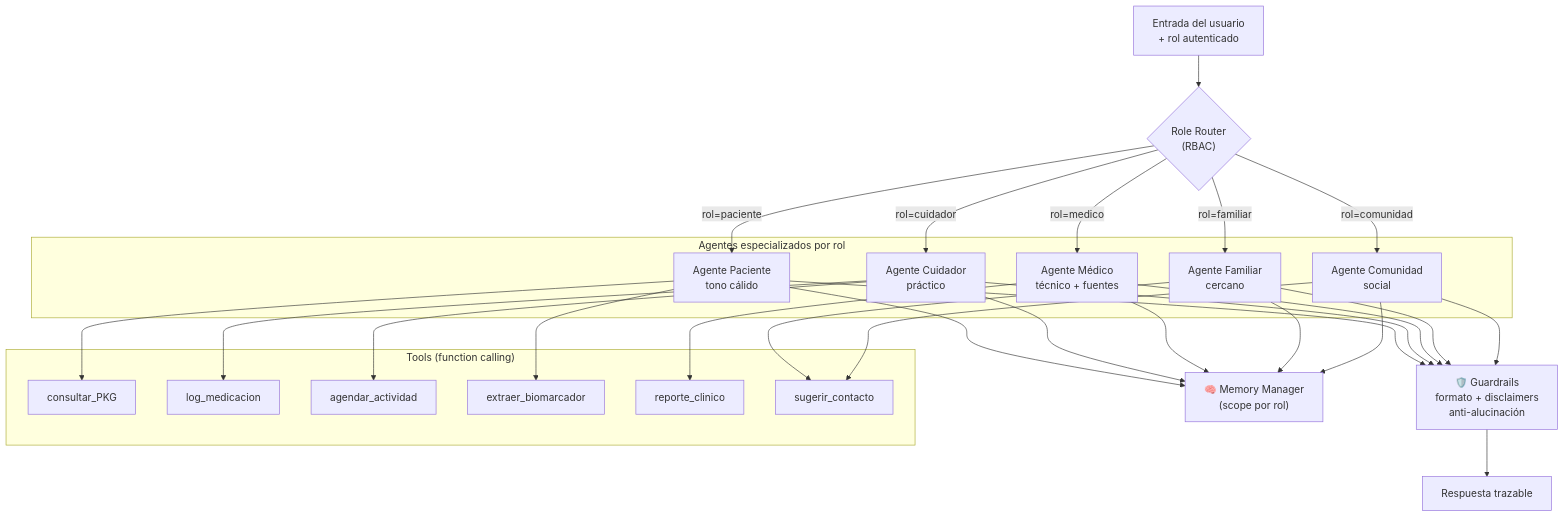
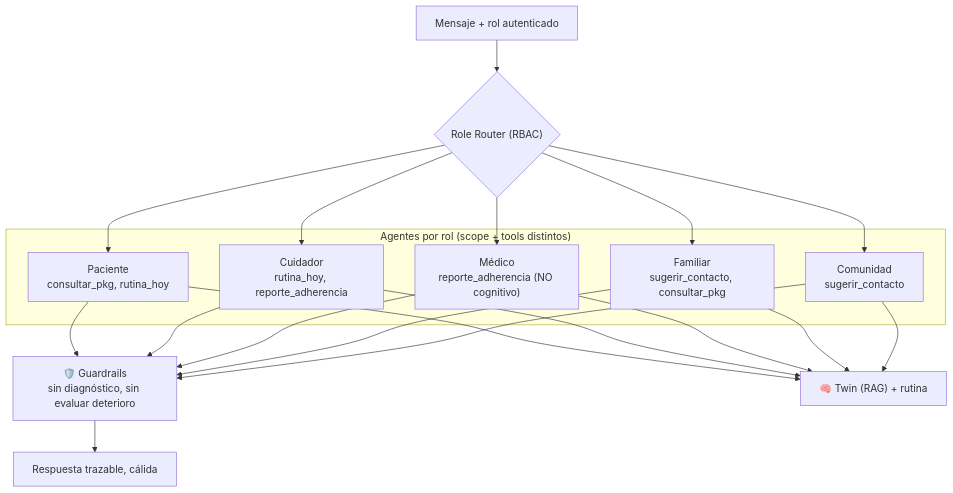
One commit to AUntiveros/hackathon_javeriana_2026_G5 changed the third of 8 diagrams in docs/diagrams/arquitectura.md. Above: the diagram before and after it, drawn with Mermaid. The commit also changed other lines of this file, not shown here.

First line of the commit message:
Actualizar diagramas al alcance vigente (post-pivote)

````diff
--- a/docs/diagrams/arquitectura.md
+++ b/docs/diagrams/arquitectura.md
@@ -86,42 +87,21 @@
 ```mermaid
 graph TB
-    IN["Entrada del usuario<br/>+ rol autenticado"]
-    ROUTER{"Role Router<br/>(RBAC)"}
+    IN["Mensaje + rol autenticado"]
+    ROUTER{"Role Router (RBAC)"}
 
-    subgraph Agentes["Agentes especializados por rol"]
-        AP["Agente Paciente<br/>tono cálido"]
-        AC["Agente Cuidador<br/>práctico"]
-        AM["Agente Médico<br/>técnico + fuentes"]
-        AF["Agente Familiar<br/>cercano"]
-        ACom["Agente Comunidad<br/>social"]
+    subgraph Agentes["Agentes por rol (scope + tools distintos)"]
+        A1["Paciente<br/>consultar_pkg, rutina_hoy"]
+        A2["Cuidador<br/>rutina_hoy, reporte_adherencia"]
+        A3["Médico<br/>reporte_adherencia (NO cognitivo)"]
+        A4["Familiar<br/>sugerir_contacto, consultar_pkg"]
+        A5["Comunidad<br/>sugerir_contacto"]
     end
 
-    subgraph Herramientas["Tools (function calling)"]
-        T1["consultar_PKG"]
-        T2["log_medicacion"]
-        T3["agendar_actividad"]
-        T4["extraer_biomarcador"]
-        T5["reporte_clinico"]
-        T6["sugerir_contacto"]
-    end
-
-    GUARD["🛡️ Guardrails<br/>formato + disclaimers<br/>anti-alucinación"]
-    MEM["🧠 Memory Manager<br/>(scope por rol)"]
+    GUARD["🛡️ Guardrails<br/>sin diagnóstico, sin evaluar deterioro"]
+    MEM["🧠 Twin (RAG) + rutina"]
 
     IN --> ROUTER
-    ROUTER -->|rol=paciente| AP
-    ROUTER -->|rol=cuidador| AC
-    ROUTER -->|rol=medico| AM
-    ROUTER -->|rol=familiar| AF
-    ROUTER -->|rol=comunidad| ACom
-
-    AP --> T1 & T4
-    AC --> T2 & T3
-    AM --> T5
-    AF --> T6
-    ACom --> T6
-
-    AP & AC & AM & AF & ACom --> MEM
-    AP & AC & AM & AF & ACom --> GUARD
-    GUARD --> OUT["Respuesta trazable"]
+    ROUTER --> A1 & A2 & A3 & A4 & A5
+    A1 & A2 & A3 & A4 & A5 --> MEM
+    A1 & A2 & A3 & A4 & A5 --> GUARD --> OUT["Respuesta trazable, cálida"]
 ```
````
